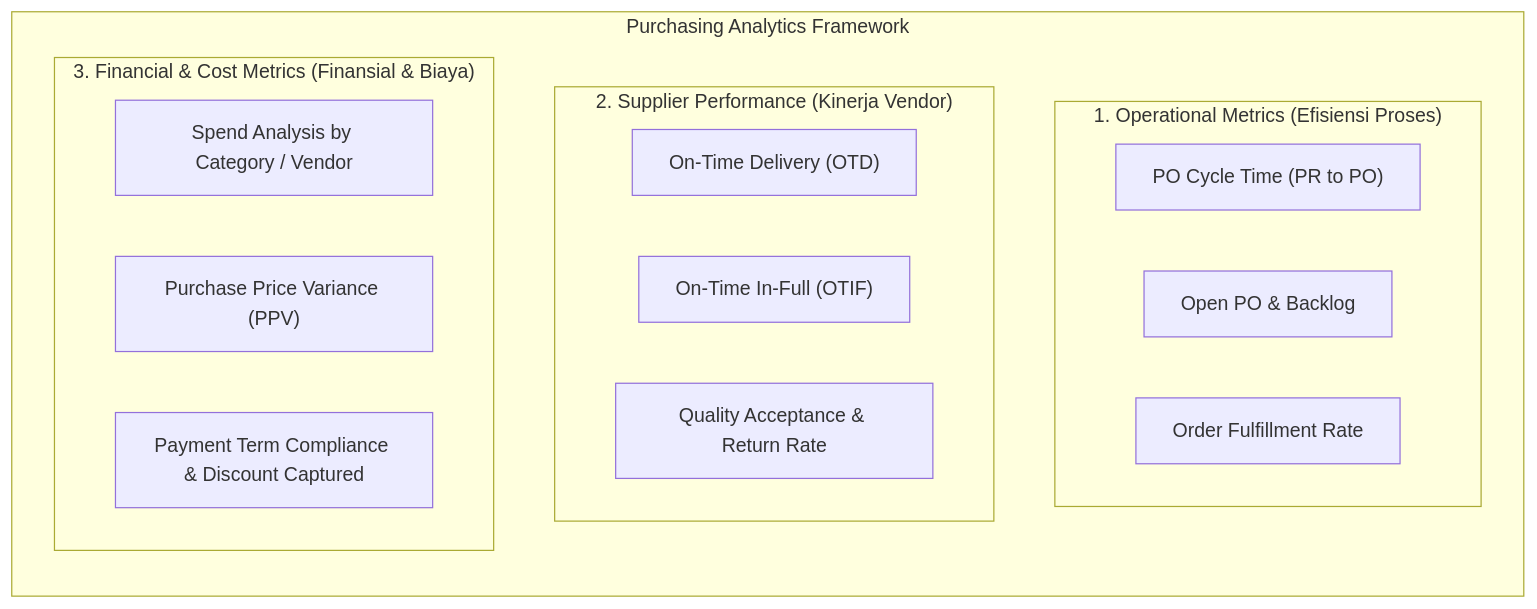
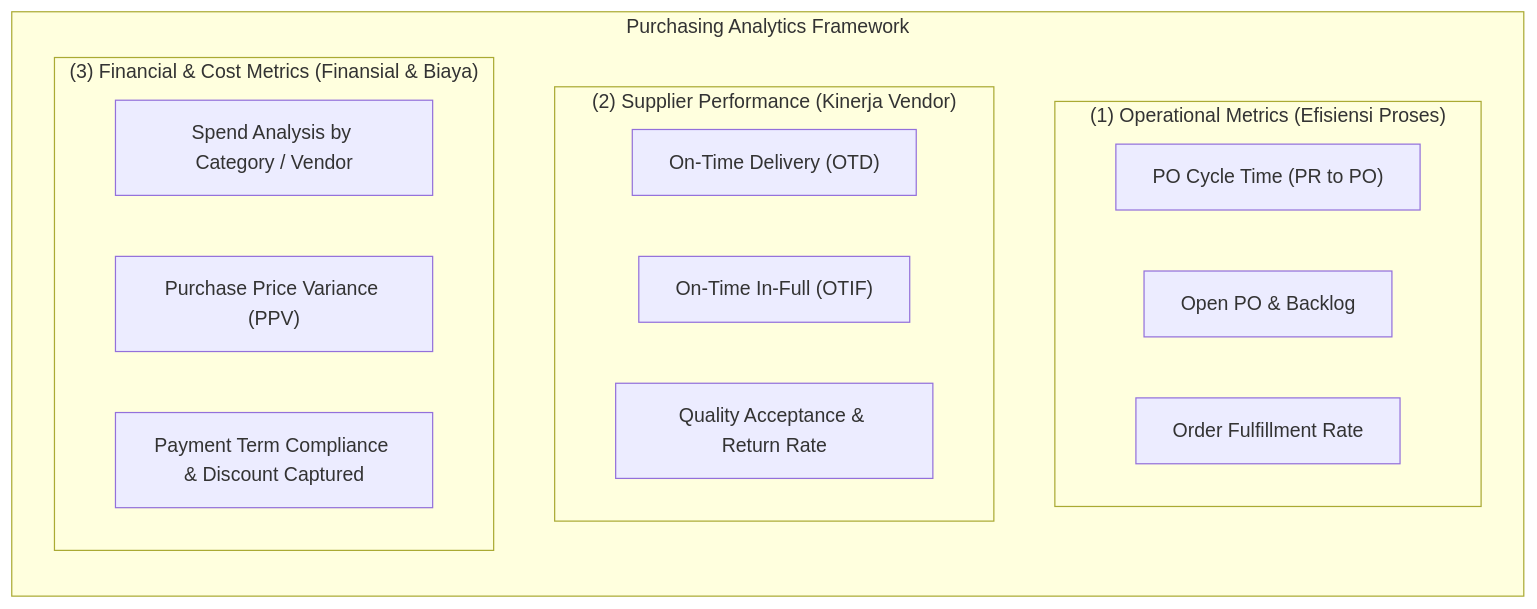
One commit to alimurrofid/erp-notes changed the first of 2 diagrams in content/04-purchasing/purchasing-reporting-and-analytics.md. Above: the diagram before and after it, drawn with Mermaid. The commit also changed 132 other files, not shown here.

````diff
--- a/content/04-purchasing/purchasing-reporting-and-analytics.md
+++ b/content/04-purchasing/purchasing-reporting-and-analytics.md
@@ -35,23 +35,23 @@
 ```mermaid
 flowchart TD
     subgraph Analytics["Purchasing Analytics Framework"]
         direction TB
-        subgraph Ops["1. Operational Metrics (Efisiensi Proses)"]
+        subgraph Ops["(1) Operational Metrics (Efisiensi Proses)"]
             M1["PO Cycle Time (PR to PO)"]
             M2["Open PO & Backlog"]
             M3["Order Fulfillment Rate"]
         end
         
-        subgraph Sup["2. Supplier Performance (Kinerja Vendor)"]
+        subgraph Sup["(2) Supplier Performance (Kinerja Vendor)"]
             M4["On-Time Delivery (OTD)"]
             M5["On-Time In-Full (OTIF)"]
             M6["Quality Acceptance & Return Rate"]
         end
         
-        subgraph Fin["3. Financial & Cost Metrics (Finansial & Biaya)"]
+        subgraph Fin["(3) Financial & Cost Metrics (Finansial & Biaya)"]
             M7["Spend Analysis by Category / Vendor"]
             M8["Purchase Price Variance (PPV)"]
             M9["Payment Term Compliance & Discount Captured"]
         end
     end
 ```
````
